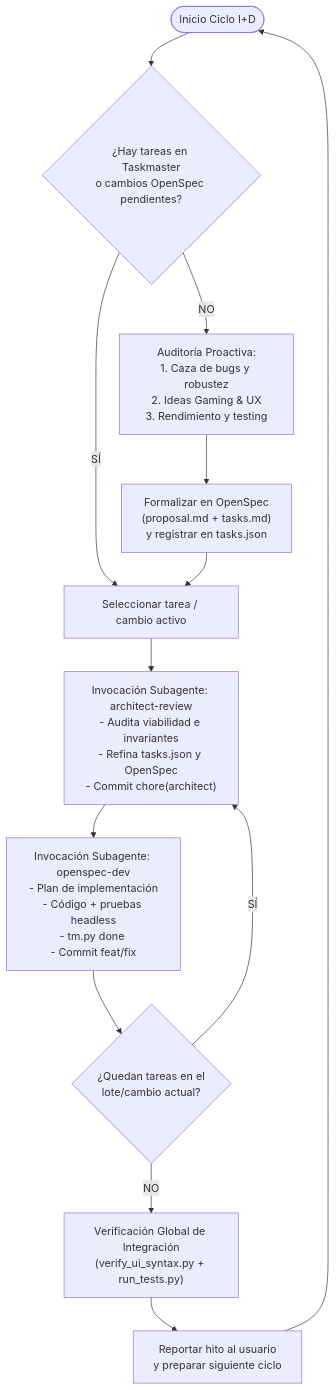
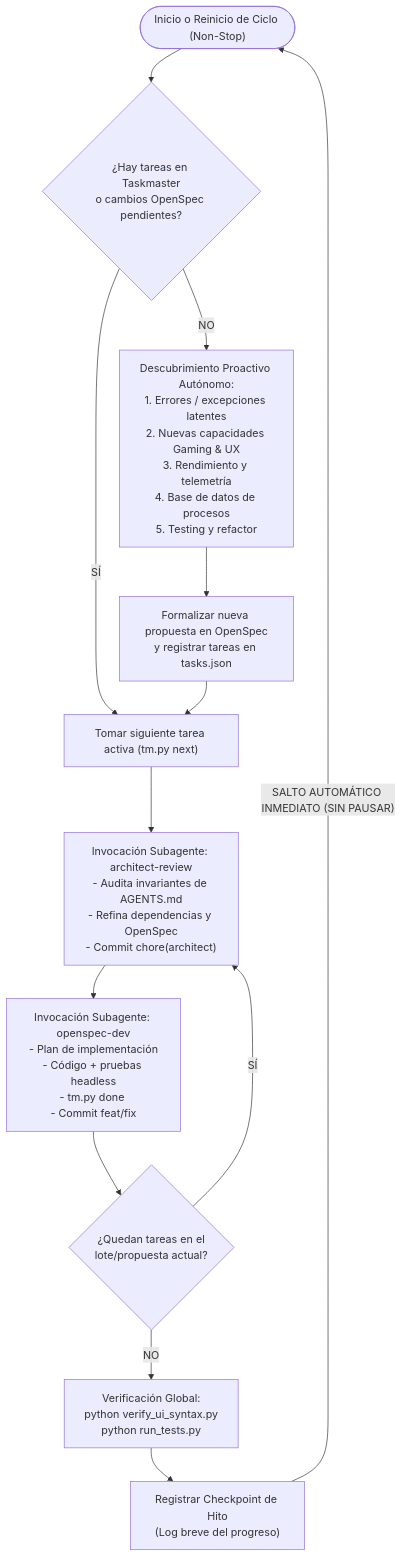
One commit to carcheky/woptimizer changed the diagram in .agents/skills/id-pipeline/SKILL.md. Above: the diagram before and after it, drawn with Mermaid. The commit also changed other lines of this file, not shown here.

````diff
--- a/.agents/skills/id-pipeline/SKILL.md
+++ b/.agents/skills/id-pipeline/SKILL.md
@@ -22,22 +23,24 @@
 ```mermaid
 flowchart TD
-    Start(["Inicio Ciclo I+D"]) --> CheckBacklog{"¿Hay tareas en Taskmaster<br/>o cambios OpenSpec pendientes?"}
+    Start(["Inicio o Reinicio de Ciclo (Non-Stop)"]) --> CheckPending{"¿Hay tareas en Taskmaster<br/>o cambios OpenSpec pendientes?"}
     
-    %% Caso: Backlog con trabajo
-    CheckBacklog -- "SÍ" --> PickTask["Seleccionar tarea / cambio activo"]
+    %% Ruta A: Tareas existentes
+    CheckPending -- "SÍ" --> PickExisting["Tomar siguiente tarea activa (tm.py next)"]
     
-    %% Caso: Backlog vacío (Descubrimiento Autónomo)
-    CheckBacklog -- "NO" --> AuditSystem["Auditoría Proactiva:<br/>1. Caza de bugs y robustez<br/>2. Ideas Gaming & UX<br/>3. Rendimiento y testing"]
-    AuditSystem --> FormalizeSpec["Formalizar en OpenSpec<br/>(proposal.md + tasks.md)<br/>y registrar en tasks.json"]
-    FormalizeSpec --> PickTask
+    %% Ruta B: Backlog agotado -> Descubrimiento Proactivo
+    CheckPending -- "NO" --> Discovery["Descubrimiento Proactivo Autónomo:<br/>1. Errores / excepciones latentes<br/>2. Nuevas capacidades Gaming & UX<br/>3. Rendimiento y telemetría<br/>4. Base de datos de procesos<br/>5. Testing y refactor"]
+    Discovery --> Formalize["Formalizar nueva propuesta en OpenSpec<br/>y registrar tareas en tasks.json"]
+    Formalize --> PickExisting
     
-    %% Bucle Dual de Subagentes
-    PickTask --> SubArchitect["Invocación Subagente: architect-review<br/>- Audita viabilidad e invariantes<br/>- Refina tasks.json y OpenSpec<br/>- Commit chore(architect)"]
+    %% Orquestación Dual de Subagentes
+    PickExisting --> SubArchitect["Invocación Subagente: architect-review<br/>- Audita invariantes de AGENTS.md<br/>- Refina dependencias y OpenSpec<br/>- Commit chore(architect)"]
     SubArchitect --> SubDev["Invocación Subagente: openspec-dev<br/>- Plan de implementación<br/>- Código + pruebas headless<br/>- tm.py done <ID><br/>- Commit feat/fix"]
     
-    SubDev --> MoreTasks{"¿Quedan tareas en el<br/>lote/cambio actual?"}
+    SubDev --> MoreTasks{"¿Quedan tareas en el<br/>lote/propuesta actual?"}
     MoreTasks -- "SÍ" --> SubArchitect
-    MoreTasks -- "NO" --> GlobalVerify["Verificación Global de Integración<br/>(verify_ui_syntax.py + run_tests.py)"]
-    GlobalVerify --> ReportUser["Reportar hito al usuario<br/>y preparar siguiente ciclo"]
-    ReportUser --> Start
+    
+    %% Cierre de lote y salto automático inmediato
+    MoreTasks -- "NO" --> VerifyBatch["Verificación Global:<br/>python verify_ui_syntax.py<br/>python run_tests.py"]
+    VerifyBatch --> LogCheckpoint["Registrar Checkpoint de Hito<br/>(Log breve del progreso)"]
+    LogCheckpoint -- "SALTO AUTOMÁTICO INMEDIATO (SIN PAUSAR)" --> Start
 ```
````
